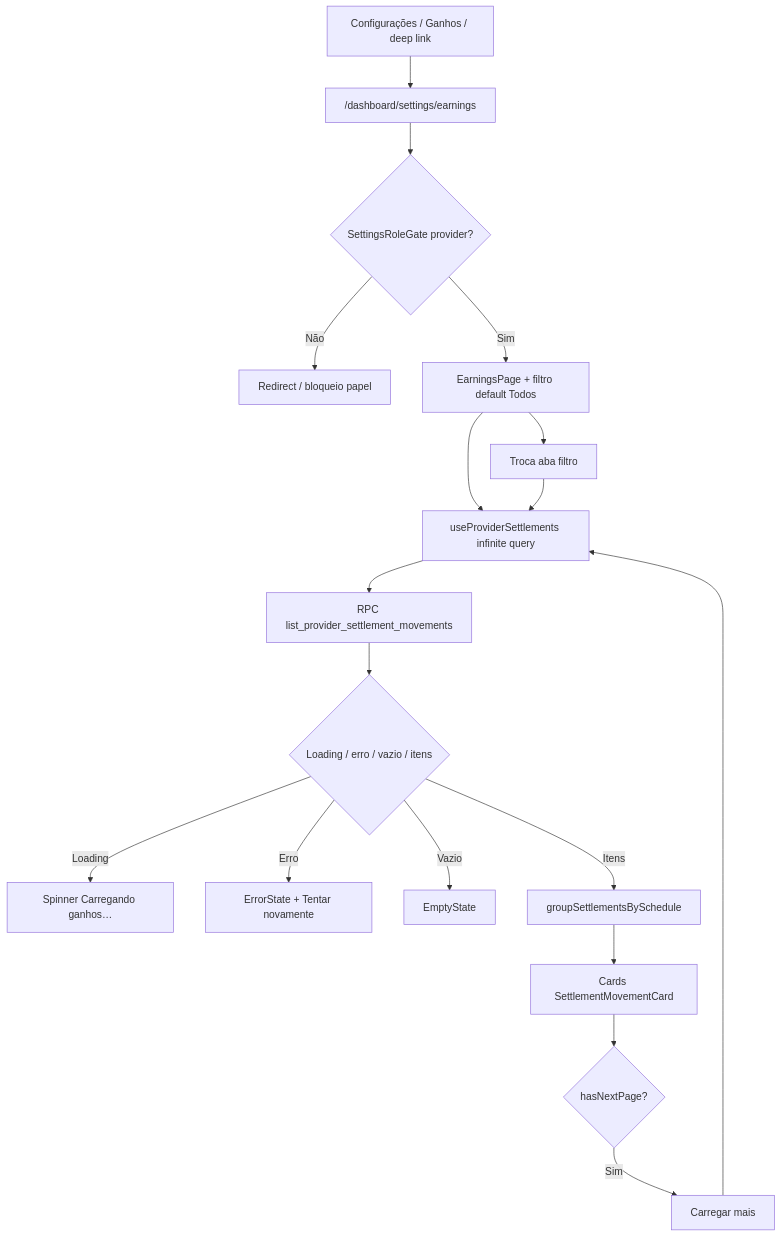
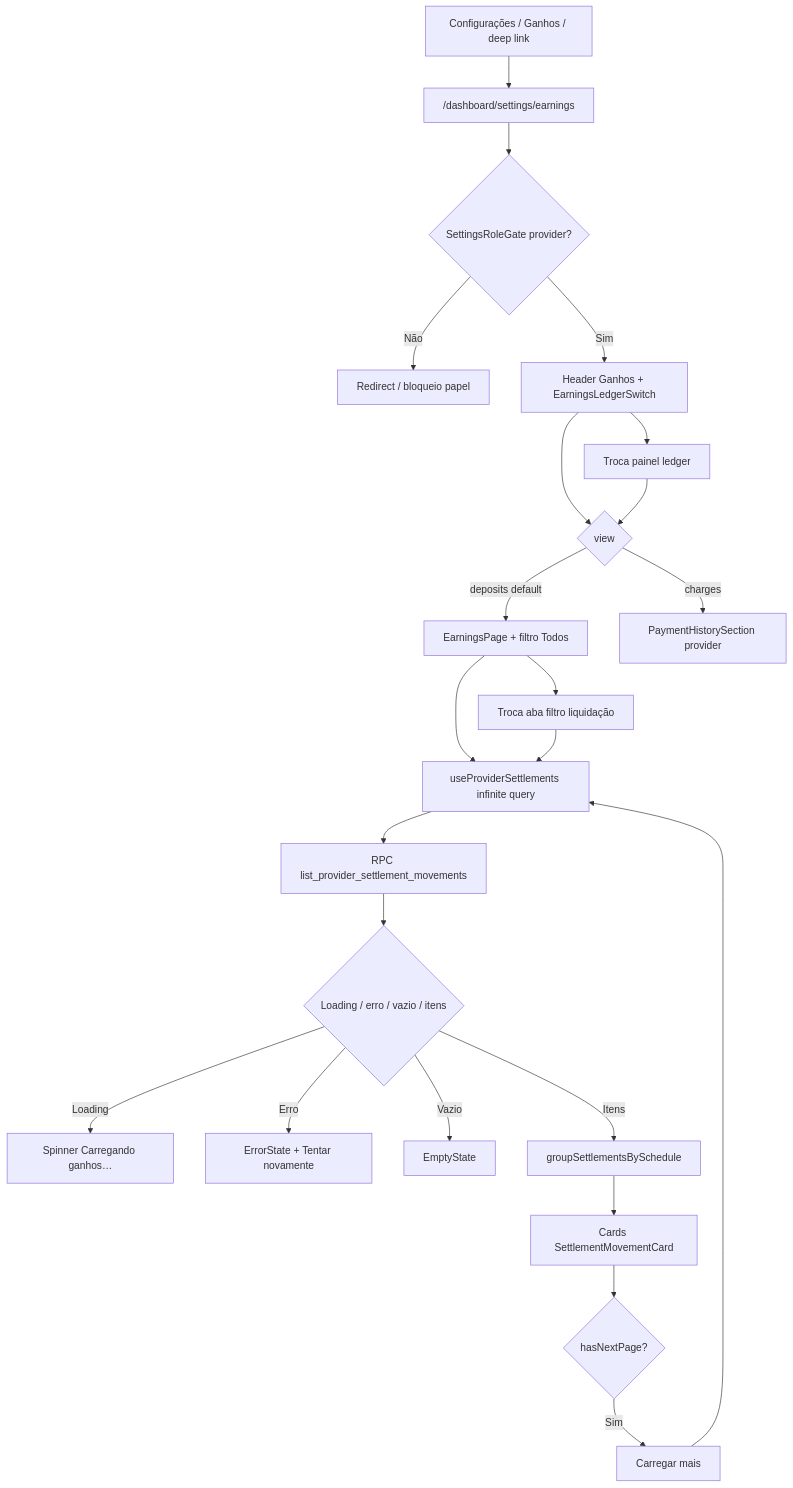
The diagram in docs/business/modulos/provider-earnings/features/ganhos-e-liquidacoes.md (higorpo/renovi-orbit-test), drawn with Mermaid before and after one commit. The commit also changed other lines of this file and 36 other files, not shown here.

````diff
--- a/docs/business/modulos/provider-earnings/features/ganhos-e-liquidacoes.md
+++ b/docs/business/modulos/provider-earnings/features/ganhos-e-liquidacoes.md
@@ -57,20 +61,25 @@
 ```mermaid
 flowchart TD
   A[Configurações / Ganhos / deep link] --> B["/dashboard/settings/earnings"]
   B --> C{SettingsRoleGate provider?}
   C -->|Não| D[Redirect / bloqueio papel]
-  C -->|Sim| E[EarningsPage + filtro default Todos]
-  E --> F[useProviderSettlements infinite query]
-  F --> G["RPC list_provider_settlement_movements"]
-  G --> H{Loading / erro / vazio / itens}
-  H -->|Loading| I[Spinner Carregando ganhos…]
-  H -->|Erro| J[ErrorState + Tentar novamente]
-  H -->|Vazio| K[EmptyState]
-  H -->|Itens| L[groupSettlementsBySchedule]
-  L --> M[Cards SettlementMovementCard]
-  M --> N{hasNextPage?}
-  N -->|Sim| O[Carregar mais]
-  O --> F
-  E --> P[Troca aba filtro]
-  P --> F
+  C -->|Sim| E[Header Ganhos + EarningsLedgerSwitch]
+  E --> F{view}
+  F -->|deposits default| G[EarningsPage + filtro Todos]
+  F -->|charges| H[PaymentHistorySection provider]
+  G --> I[useProviderSettlements infinite query]
+  I --> J["RPC list_provider_settlement_movements"]
+  J --> K{Loading / erro / vazio / itens}
+  K -->|Loading| L[Spinner Carregando ganhos…]
+  K -->|Erro| M[ErrorState + Tentar novamente]
+  K -->|Vazio| N[EmptyState]
+  K -->|Itens| O[groupSettlementsBySchedule]
+  O --> P[Cards SettlementMovementCard]
+  P --> Q{hasNextPage?}
+  Q -->|Sim| R[Carregar mais]
+  R --> I
+  G --> S[Troca aba filtro liquidação]
+  S --> I
+  E --> T[Troca painel ledger]
+  T --> F
 ```
````
